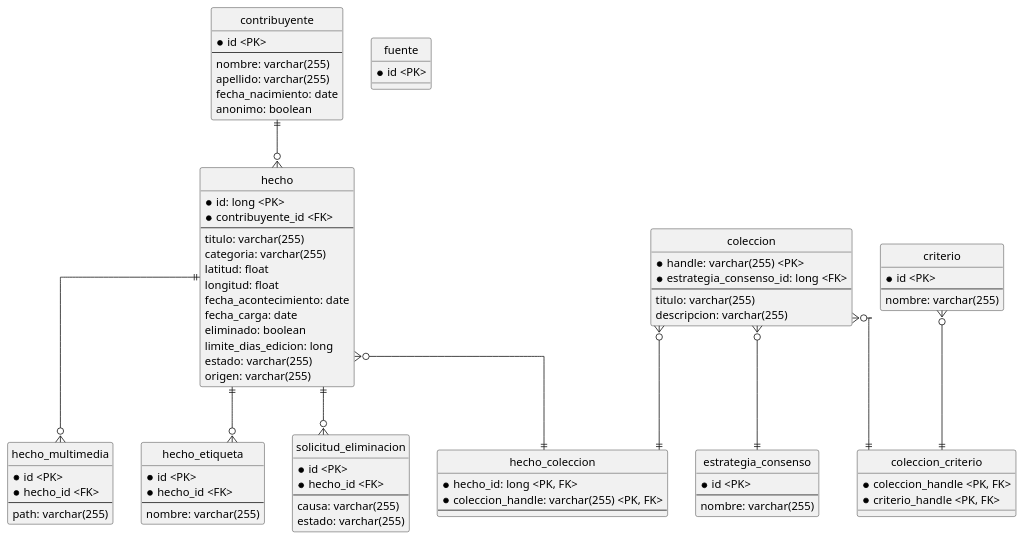
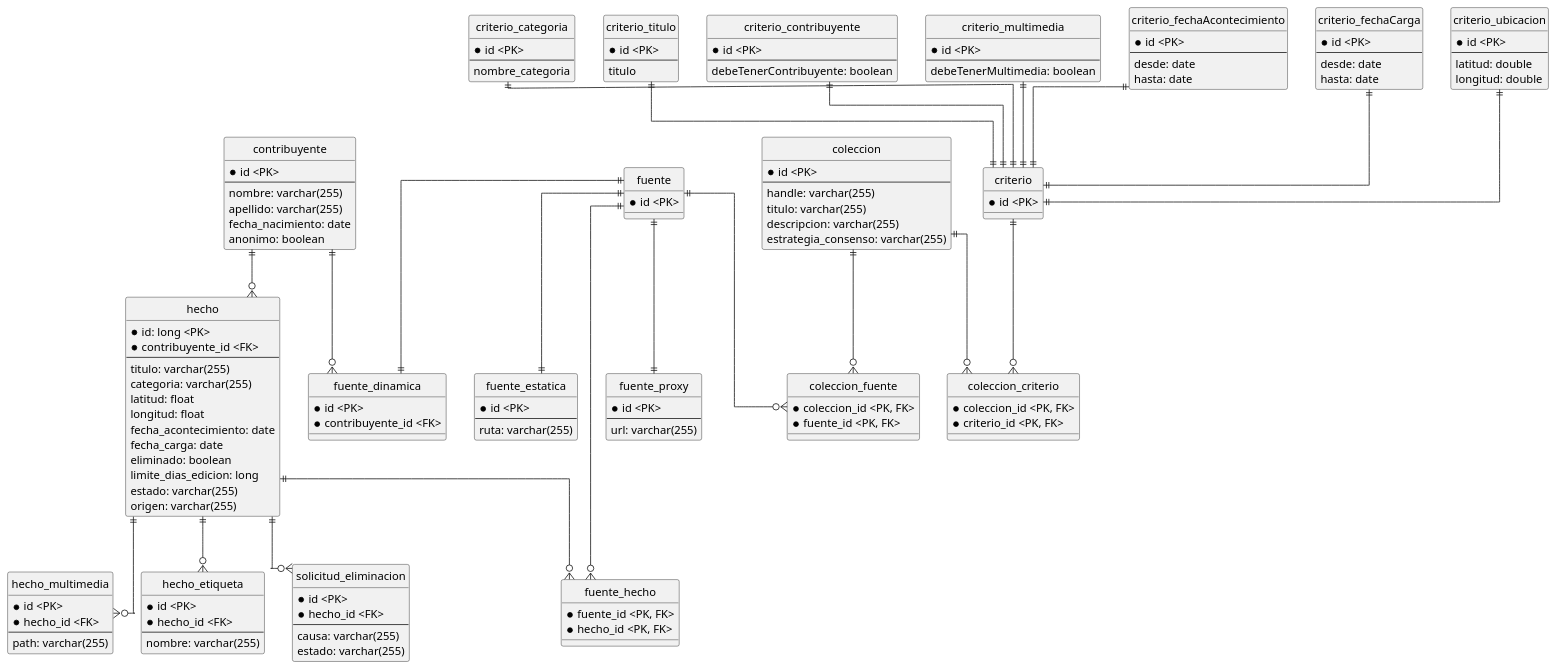
One commit to jotafabri/metamapa changed the diagram in diagramas/hechosYSolicitudes.puml. Above: the diagram before and after it, drawn with PlantUML. The commit also changed 1 other file, not shown here.

Commit message:
Diagrama y eliminar un importe sin utilizar

```diff
--- a/diagramas/hechosYSolicitudes.puml
+++ b/diagramas/hechosYSolicitudes.puml
@@ -1,98 +1,170 @@
 @startuml
 hide circle
 skinparam linetype ortho
 
 entity contribuyente {
 * id <PK>
 --
 nombre: varchar(255)
 apellido: varchar(255)
 fecha_nacimiento: date
 anonimo: boolean
 }
 
 entity hecho {
 * id: long <PK>
 * contribuyente_id <FK>
 --
 titulo: varchar(255)
 categoria: varchar(255)
 latitud: float
 longitud: float
 fecha_acontecimiento: date
 fecha_carga: date
 eliminado: boolean
 limite_dias_edicion: long
 ' vienen de un enumerado
 estado: varchar(255)
 origen: varchar(255)
 }
 
 entity hecho_multimedia {
 * id <PK>
 * hecho_id <FK>
 --
 path: varchar(255)
 }
 
 entity hecho_etiqueta {
 * id <PK>
 * hecho_id <FK>
 --
 nombre: varchar(255)
 }
 
 entity solicitud_eliminacion {
 * id <PK>
 * hecho_id <FK>
 --
 causa: varchar(255)
 ' viene de un enumerado
 estado: varchar(255)
 }
 
 entity coleccion {
-* handle: varchar(255) <PK>
-* estrategia_consenso_id: long <FK>
+* id <PK>
 --
+handle: varchar(255)
 titulo: varchar(255)
 descripcion: varchar(255)
+' Por converter
+estrategia_consenso: varchar(255)
 }
 
-entity hecho_coleccion {
-* hecho_id: long <PK, FK>
-* coleccion_handle: varchar(255) <PK, FK>
---
+entity coleccion_criterio {
+* coleccion_id <PK, FK>
+* criterio_id <PK, FK>
 }
 
-entity estrategia_consenso {
+entity criterio {
+* id <PK>
+}
+
+entity criterio_categoria {
 * id <PK>
 --
-nombre: varchar(255)
+nombre_categoria
+}
+
+entity criterio_titulo {
+* id <PK>
+--
+titulo
+}
+
+entity criterio_contribuyente {
+* id <PK>
+--
+debeTenerContribuyente: boolean
+}
+
+entity criterio_multimedia {
+* id <PK>
+--
+debeTenerMultimedia: boolean
+}
+
+entity criterio_fechaAcontecimiento {
+* id <PK>
+--
+desde: date
+hasta: date
+}
+
+entity criterio_fechaCarga {
+* id <PK>
+--
+desde: date
+hasta: date
+}
+
+entity criterio_ubicacion {
+* id <PK>
+--
+latitud: double
+longitud: double
 }
 
 entity fuente {
 * id <PK>
 }
 
-entity coleccion_criterio {
-* coleccion_handle <PK, FK>
-* criterio_handle <PK, FK>
+entity fuente_estatica {
+* id <PK>
+--
+ruta: varchar(255)
 }
 
-entity criterio {
+entity fuente_dinamica {
+* id <PK>
+* contribuyente_id <FK>
+}
+
+entity fuente_proxy {
 * id <PK>
 --
-nombre: varchar(255)
+url: varchar(255)
+}
+
+entity fuente_hecho {
+* fuente_id <PK, FK>
+* hecho_id <PK, FK>
+}
+
+entity coleccion_fuente {
+* coleccion_id <PK, FK>
+* fuente_id <PK, FK>
 }
 
 contribuyente ||--o{ hecho
 hecho ||--o{ hecho_multimedia
 hecho ||--o{ hecho_etiqueta
 hecho ||--o{ solicitud_eliminacion
-hecho }o--|| hecho_coleccion
-coleccion }o--|| hecho_coleccion
-coleccion }o--|| estrategia_consenso
-coleccion }o--|| coleccion_criterio
-criterio }o--|| coleccion_criterio
+coleccion ||--o{ coleccion_criterio
+criterio ||--o{ coleccion_criterio
+criterio_categoria ||--|| criterio
+criterio_titulo ||--|| criterio
+criterio_contribuyente ||--|| criterio
+criterio_multimedia ||--|| criterio
+criterio_fechaAcontecimiento ||--|| criterio
+criterio_fechaCarga ||--|| criterio
+criterio_ubicacion ||--|| criterio
+fuente ||--o{ fuente_hecho
+hecho ||--o{ fuente_hecho
+fuente ||--|| fuente_estatica
+fuente ||--|| fuente_dinamica
+fuente ||--|| fuente_proxy
+contribuyente ||--o{ fuente_dinamica
+coleccion ||--o{ coleccion_fuente
+fuente ||--o{ coleccion_fuente
 @enduml
```
